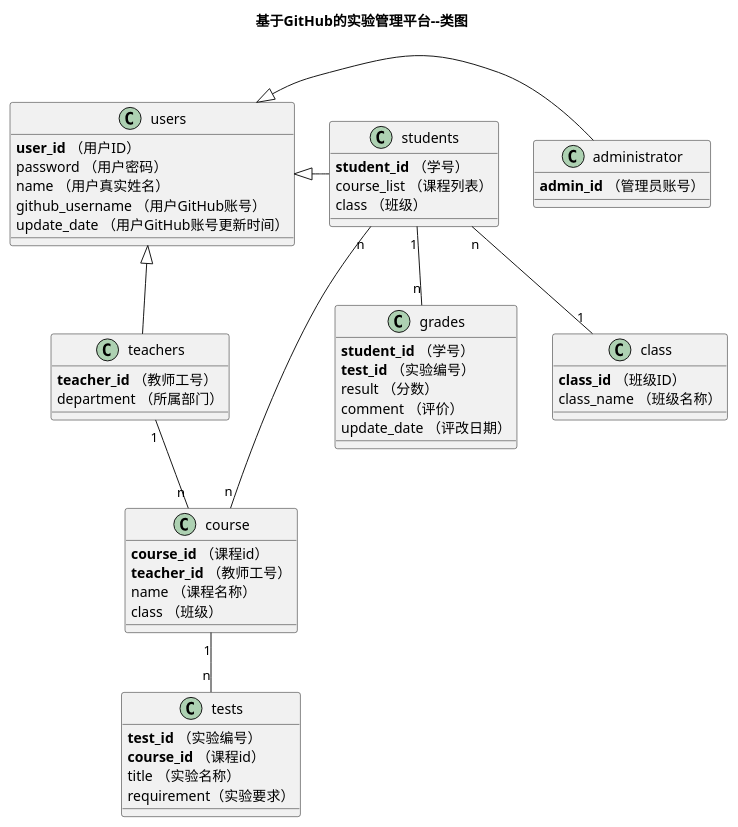
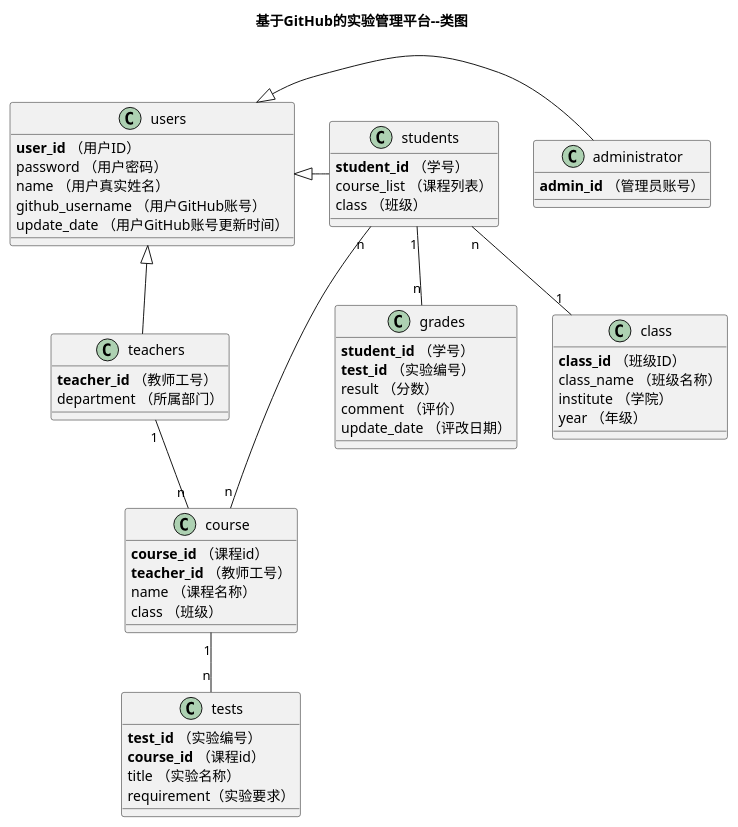
One commit to wenyuntian/is_analysis changed the diagram in test6/src/class.puml. Above: the diagram before and after it, drawn with PlantUML. The commit also changed 31 other files, not shown here.

```diff
--- a/test6/src/class.puml
+++ b/test6/src/class.puml
@@ -1,60 +1,62 @@
 @startuml
 title 基于GitHub的实验管理平台--类图
 class users {
     <b>user_id</b> （用户ID）
     password （用户密码）
     name （用户真实姓名）
     github_username （用户GitHub账号）
     update_date （用户GitHub账号更新时间）
 }
 class administrator {
     <b>admin_id</b> （管理员账号）
 }
 class teachers{
     <b>teacher_id</b> （教师工号）
     department （所属部门）
 }
 class students{
     <b>student_id</b> （学号）
     course_list （课程列表）
     class （班级）
 }
 
 class course{
     <b>course_id</b> （课程id）
     <b>teacher_id</b> （教师工号）
     name （课程名称）
     class （班级）
 }
 
 users <|- administrator
 users <|- students
 users <|-- teachers
 
 class grades {
     <b>student_id</b> （学号）
     <b>test_id</b> （实验编号）
     result （分数）
     comment （评价）
     update_date （评改日期）
 }
 
 class tests {
     <b>test_id</b> （实验编号）
     <b>course_id</b> （课程id）
     title （实验名称）
     requirement（实验要求）
 }
 
 class class {
     <b>class_id</b> （班级ID）
     class_name （班级名称）
+    institute （学院）
+    year （年级）
 }
 
 teachers "1" -- "n"  course
 students "n" -- "1"  class
 students "n" -- "n"  course
 students "1" -- "n"  grades
 course "1" -- "n"  tests
 
 @enduml
```
